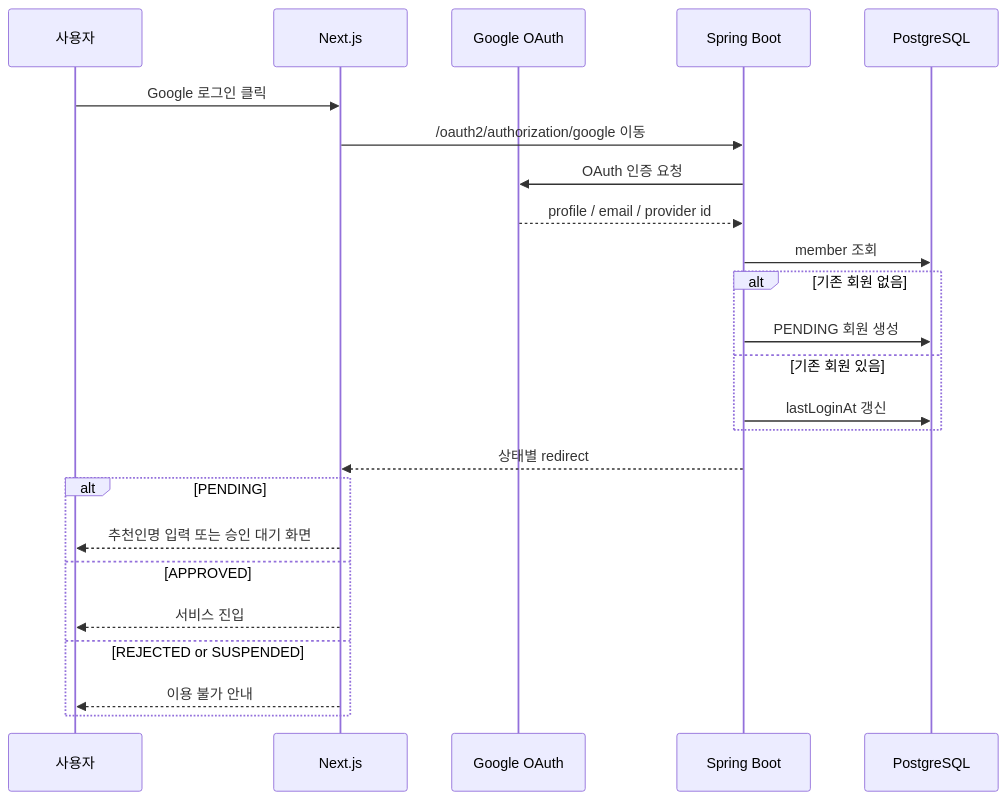
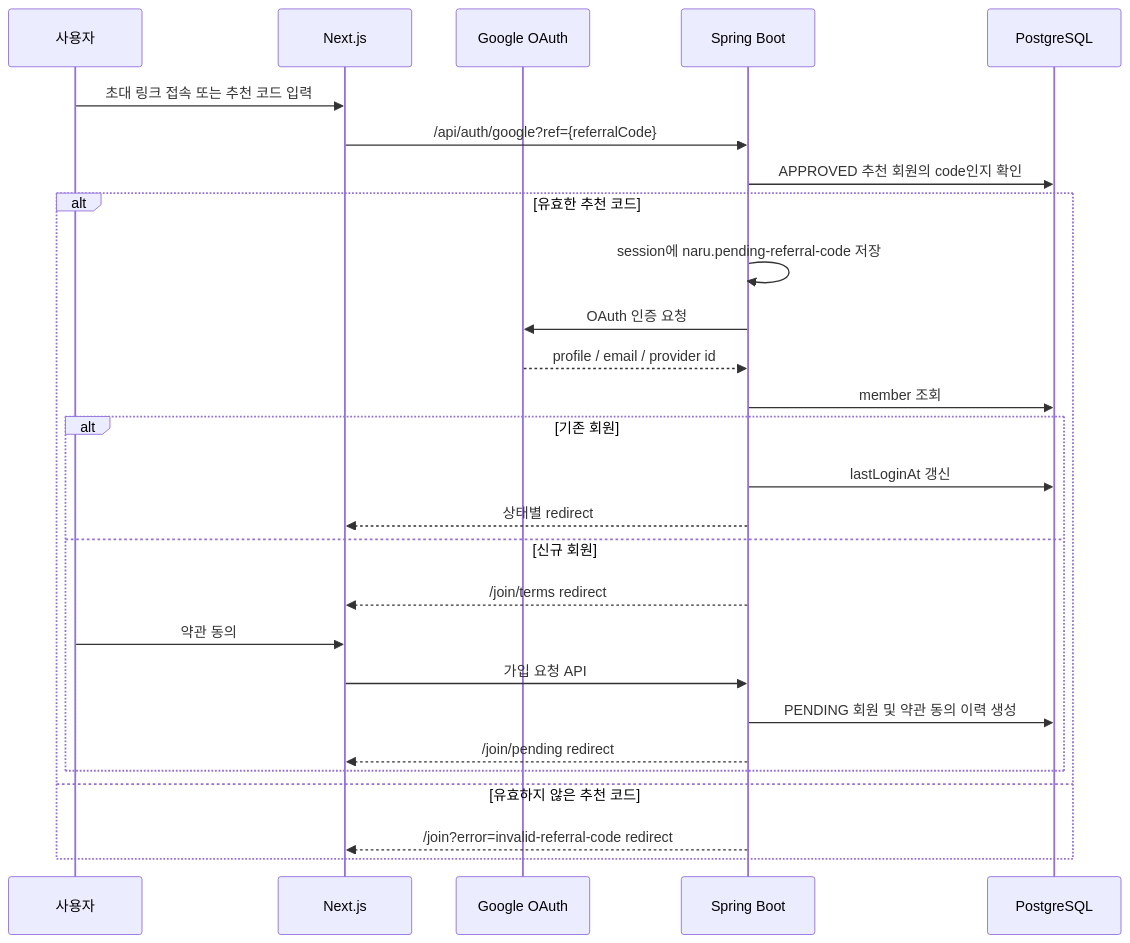
The second of 4 diagrams in docs/architecture/auth-membership-google-approval.md (HoBaeBang/naruworks-platform), drawn with Mermaid before and after one commit. The commit also changed other lines of this file and 10 other files, not shown here.

Commit message:
Google 로그인 가입 기반과 초대 정책 정리

````diff
--- a/docs/architecture/auth-membership-google-approval.md
+++ b/docs/architecture/auth-membership-google-approval.md
@@ -202,27 +223,30 @@
 ```mermaid
 sequenceDiagram
     participant User as 사용자
     participant FE as Next.js
     participant Google as Google OAuth
     participant BE as Spring Boot
     participant DB as PostgreSQL
 
-    User->>FE: Google 로그인 클릭
-    FE->>BE: /oauth2/authorization/google 이동
-    BE->>Google: OAuth 인증 요청
-    Google-->>BE: profile / email / provider id
-    BE->>DB: member 조회
-    alt 기존 회원 없음
-        BE->>DB: PENDING 회원 생성
-    else 기존 회원 있음
+    User->>FE: 초대 링크 접속 또는 추천 코드 입력
+    FE->>BE: /api/auth/google?ref={referralCode}
+    BE->>DB: APPROVED 추천 회원의 code인지 확인
+    alt 유효한 추천 코드
+        BE->>BE: session에 naru.pending-referral-code 저장
+        BE->>Google: OAuth 인증 요청
+        Google-->>BE: profile / email / provider id
+        BE->>DB: member 조회
+    alt 기존 회원
         BE->>DB: lastLoginAt 갱신
+        BE-->>FE: 상태별 redirect
+    else 신규 회원
+        BE-->>FE: /join/terms redirect
+        User->>FE: 약관 동의
+        FE->>BE: 가입 요청 API
+        BE->>DB: PENDING 회원 및 약관 동의 이력 생성
+        BE-->>FE: /join/pending redirect
     end
-    BE-->>FE: 상태별 redirect
-    alt PENDING
-        FE-->>User: 추천인명 입력 또는 승인 대기 화면
-    else APPROVED
-        FE-->>User: 서비스 진입
-    else REJECTED or SUSPENDED
-        FE-->>User: 이용 불가 안내
+    else 유효하지 않은 추천 코드
+        BE-->>FE: /join?error=invalid-referral-code redirect
     end
 ```
````
